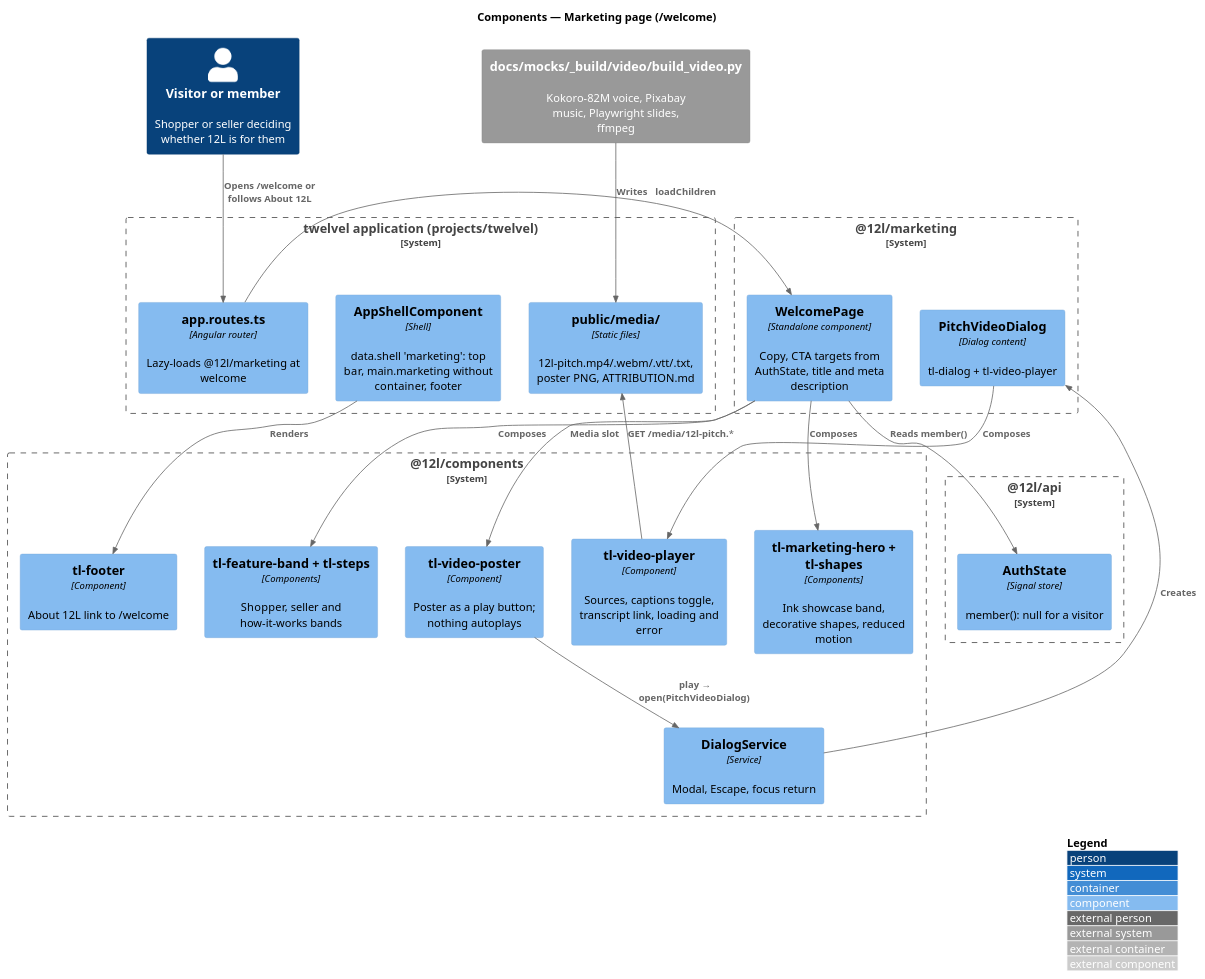
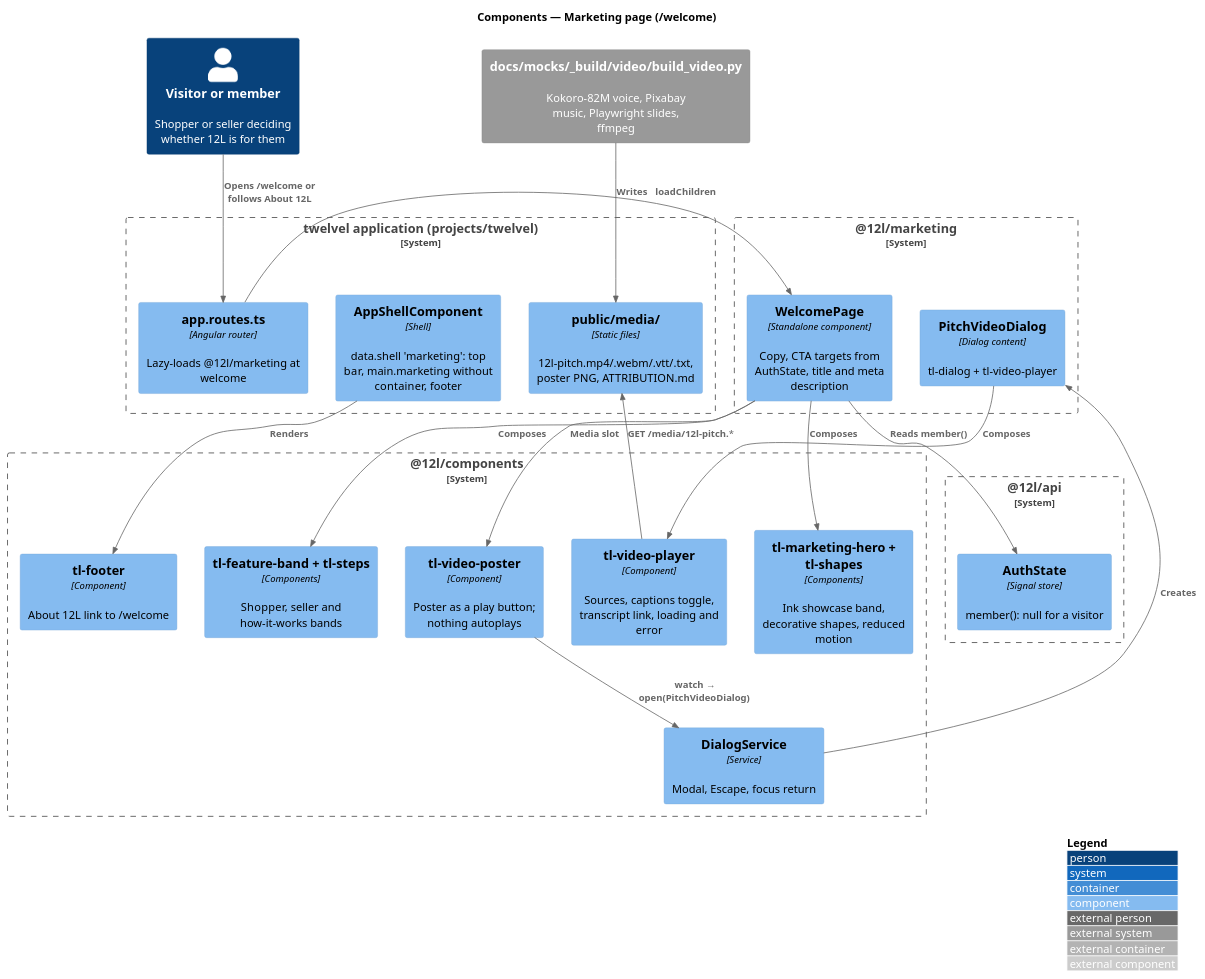
The diagram in docs/detailed-designs/platform/marketing-page/diagrams/c4-component.puml (QuinntyneBrown/12l), drawn with PlantUML before and after one commit. The commit also changed 64 other files, not shown here.

First line of the commit message:
Build the marketing page at /welcome with the pitch video

```diff
--- a/docs/detailed-designs/platform/marketing-page/diagrams/c4-component.puml
+++ b/docs/detailed-designs/platform/marketing-page/diagrams/c4-component.puml
@@ -1,41 +1,41 @@
 @startuml
 !include <C4/C4_Component>
 LAYOUT_WITH_LEGEND()
 title Components — Marketing page (/welcome)
 
 Person(visitor, "Visitor or member", "Shopper or seller deciding whether 12L is for them")
 System_Boundary(app, "twelvel application (projects/twelvel)") {
   Component(routes, "app.routes.ts", "Angular router", "Lazy-loads @12l/marketing at welcome")
   Component(shell, "AppShellComponent", "Shell", "data.shell 'marketing': top bar, main.marketing without container, footer")
   Component(media, "public/media/", "Static files", "12l-pitch.mp4/.webm/.vtt/.txt, poster PNG, ATTRIBUTION.md")
 }
 System_Boundary(mkt, "@12l/marketing") {
   Component(page, "WelcomePage", "Standalone component", "Copy, CTA targets from AuthState, title and meta description")
   Component(dialog, "PitchVideoDialog", "Dialog content", "tl-dialog + tl-video-player")
 }
 System_Boundary(cmp, "@12l/components") {
   Component(hero, "tl-marketing-hero + tl-shapes", "Components", "Ink showcase band, decorative shapes, reduced motion")
   Component(band, "tl-feature-band + tl-steps", "Components", "Shopper, seller and how-it-works bands")
   Component(poster, "tl-video-poster", "Component", "Poster as a play button; nothing autoplays")
   Component(player, "tl-video-player", "Component", "Sources, captions toggle, transcript link, loading and error")
   Component(dlg, "DialogService", "Service", "Modal, Escape, focus return")
   Component(footer, "tl-footer", "Component", "About 12L link to /welcome")
 }
 System_Boundary(api, "@12l/api") {
   Component(auth, "AuthState", "Signal store", "member(): null for a visitor")
 }
 System_Ext(build, "docs/mocks/_build/video/build_video.py", "Kokoro-82M voice, Pixabay music, Playwright slides, ffmpeg")
 
 Rel(visitor, routes, "Opens /welcome or follows About 12L")
 Rel(routes, page, "loadChildren")
 Rel(shell, footer, "Renders")
 Rel(page, hero, "Composes")
 Rel(page, band, "Composes")
 Rel(page, poster, "Media slot")
 Rel(page, auth, "Reads member()")
-Rel(poster, dlg, "play → open(PitchVideoDialog)")
+Rel(poster, dlg, "watch → open(PitchVideoDialog)")
 Rel(dlg, dialog, "Creates")
 Rel(dialog, player, "Composes")
 Rel(player, media, "GET /media/12l-pitch.*")
 Rel(build, media, "Writes")
 @enduml
```
